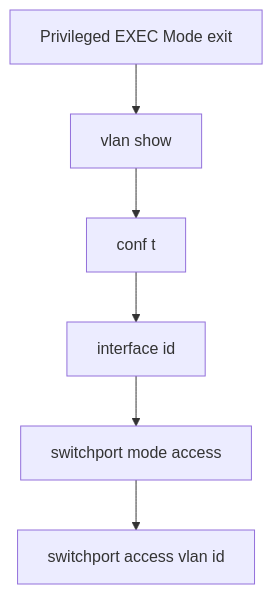
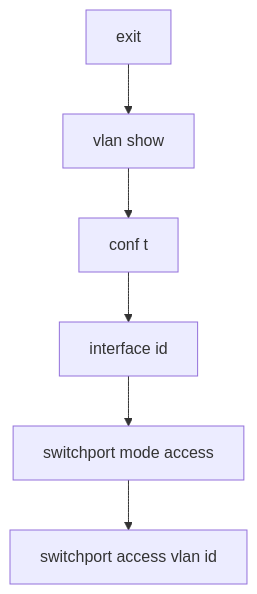
One commit to Arannamoy-Mondal/GNS03-CPT changed the diagram in Readme.md. Above: the diagram before and after it, drawn with Mermaid. The commit also changed other lines of this file, not shown here.

````diff
--- a/Readme.md
+++ b/Readme.md
@@ -1,9 +58,9 @@
 ```mermaid
 graph TD;
-A[Privileged EXEC Mode exit] --> B[show vlan]
+A[exit] --> B[show vlan]
 B[vlan show] --> C[conf t]
 C[conf t] --> D[interface id ]
 D[interface id ] --> E[switchport mode access]
 E[switchport mode access] --> F[switchport access vlan id]
 
 ```
````
